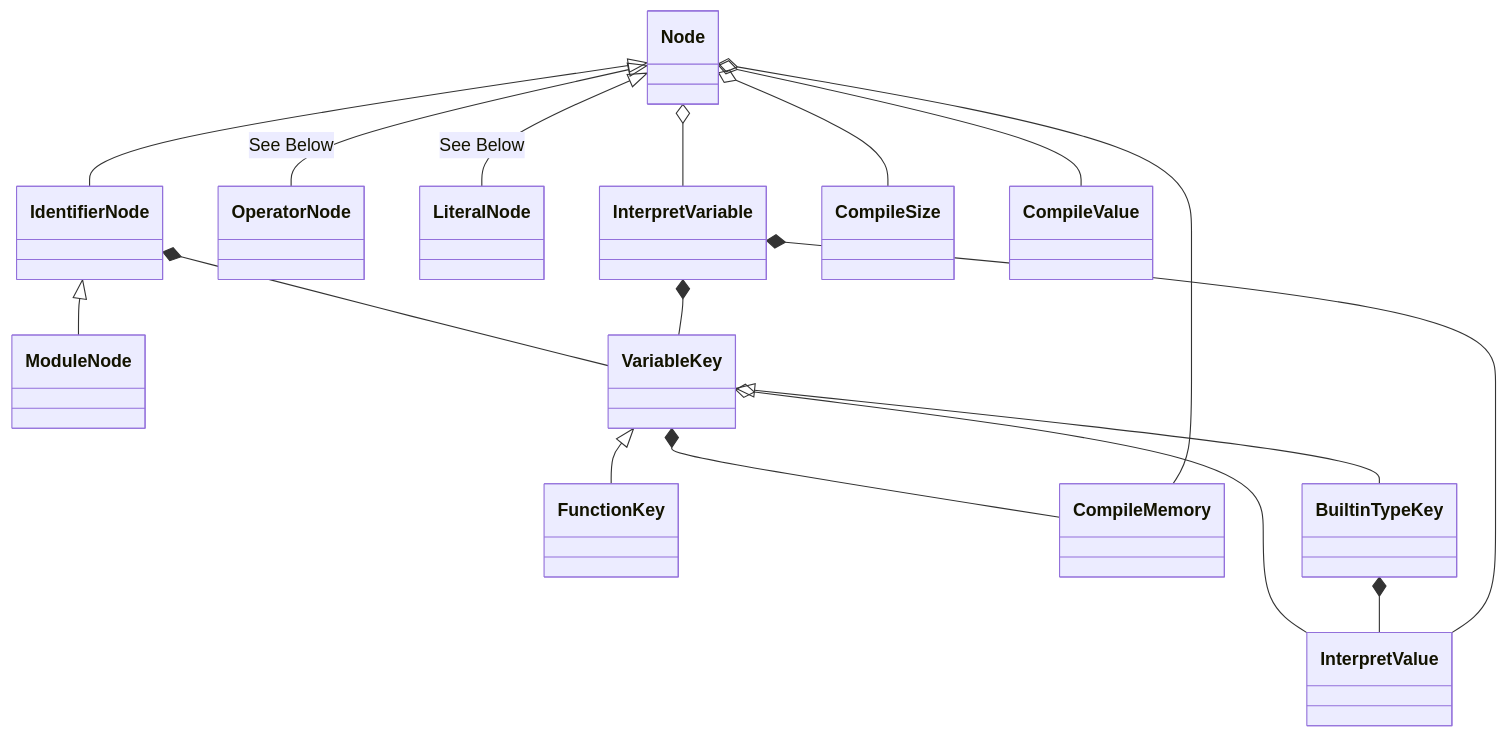
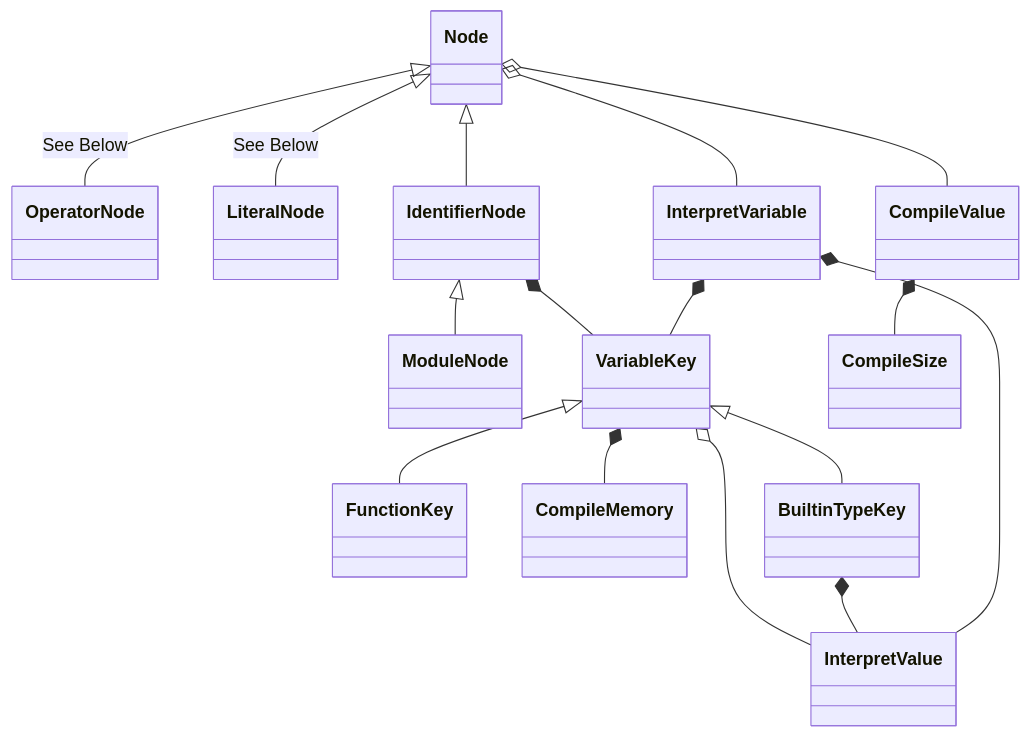
The first of 4 diagrams in README.md (Jzhyang1/Monomer), drawn with Mermaid before and after one commit. The commit also changed other lines of this file, not shown here.

````diff
--- a/README.md
+++ b/README.md
@@ -239,19 +239,18 @@
 ```mermaid
 classDiagram
-Node <|-- IdentifierNode
 Node <|-- OperatorNode: See Below
 Node <|-- LiteralNode: See Below
+Node <|-- IdentifierNode
 Node o-- InterpretVariable
 IdentifierNode <|-- ModuleNode
 IdentifierNode *-- VariableKey
 VariableKey <|-- FunctionKey
 VariableKey *-- CompileMemory
 VariableKey o-- InterpretValue
 VariableKey <|-- BuiltinTypeKey
 BuiltinTypeKey *-- InterpretValue
 InterpretVariable *-- InterpretValue
 InterpretVariable *-- VariableKey
-Node o-- CompileMemory
-Node o-- CompileSize
+CompileValue *-- CompileSize
 Node o-- CompileValue
 ```
````
